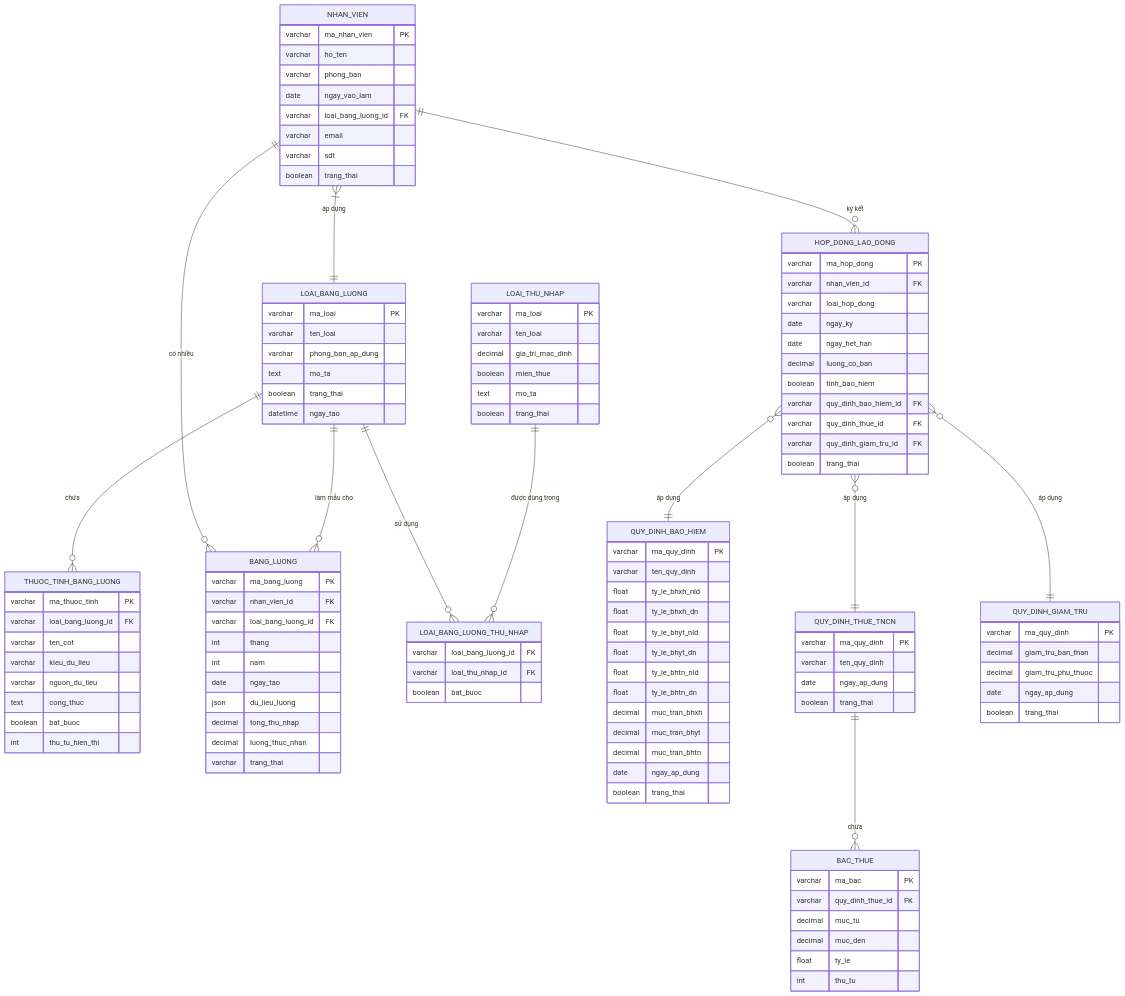
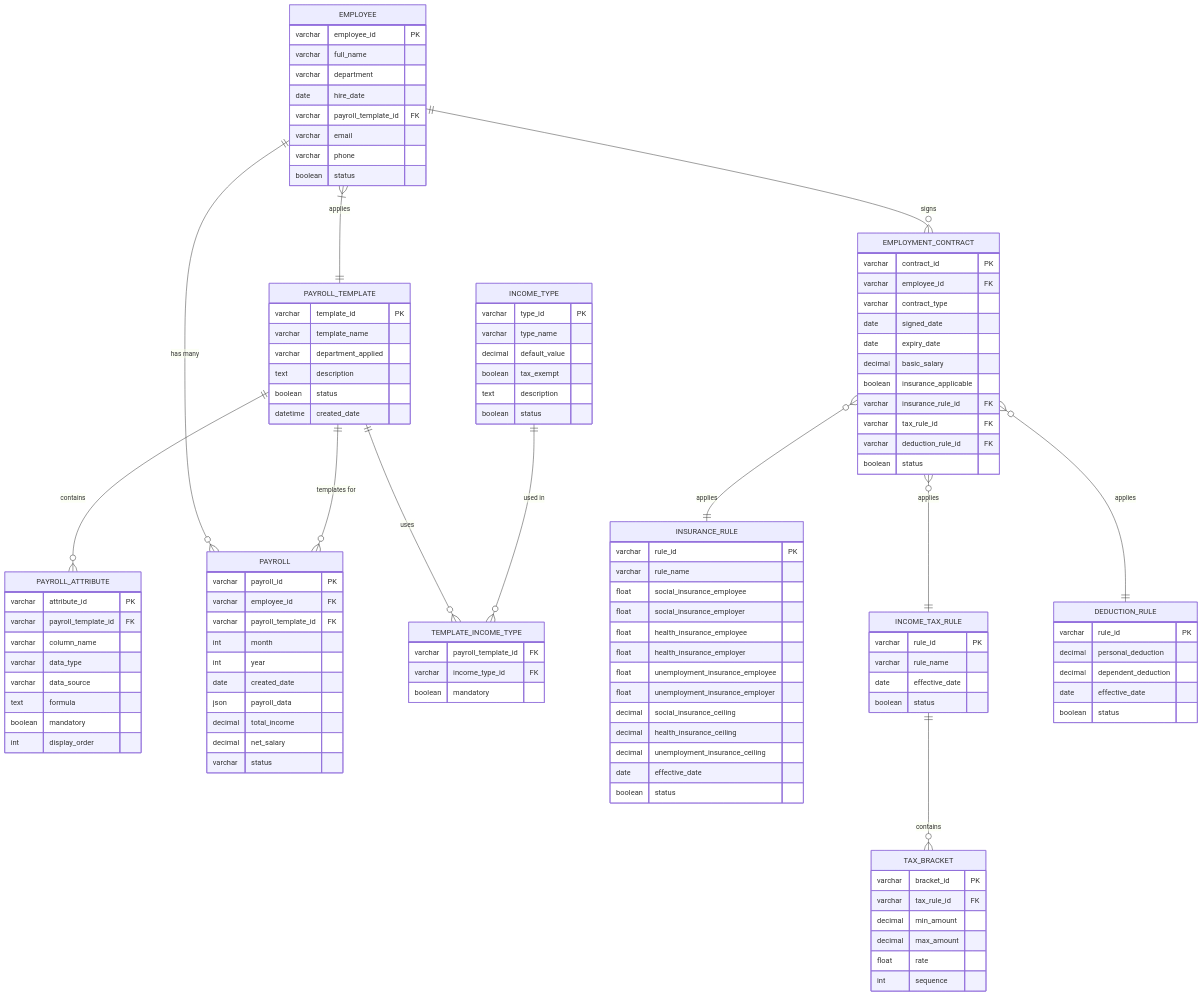
The third of 3 diagrams in HRM/Payroll/2_ThietKe/3_DatabaseDesign.md (devsongnhan/Bflow-Doc), drawn with Mermaid before and after one commit. The commit also changed other lines of this file and 23 other files, not shown here.

````diff
--- a/HRM/Payroll/2_ThietKe/3_DatabaseDesign.md
+++ b/HRM/Payroll/2_ThietKe/3_DatabaseDesign.md
@@ -122,131 +122,131 @@
 ```mermaid
 erDiagram
-    NHAN_VIEN {
-        varchar ma_nhan_vien PK
-        varchar ho_ten
-        varchar phong_ban
-        date ngay_vao_lam
-        varchar loai_bang_luong_id FK
+    EMPLOYEE {
+        varchar employee_id PK
+        varchar full_name
+        varchar department
+        date hire_date
+        varchar payroll_template_id FK
         varchar email
-        varchar sdt
-        boolean trang_thai
+        varchar phone
+        boolean status
     }
 
-    LOAI_BANG_LUONG {
-        varchar ma_loai PK
-        varchar ten_loai
-        varchar phong_ban_ap_dung
-        text mo_ta
-        boolean trang_thai
-        datetime ngay_tao
+    PAYROLL_TEMPLATE {
+        varchar template_id PK
+        varchar template_name
+        varchar department_applied
+        text description
+        boolean status
+        datetime created_date
     }
 
-    THUOC_TINH_BANG_LUONG {
-        varchar ma_thuoc_tinh PK
-        varchar loai_bang_luong_id FK
-        varchar ten_cot
-        varchar kieu_du_lieu
-        varchar nguon_du_lieu
-        text cong_thuc
-        boolean bat_buoc
-        int thu_tu_hien_thi
+    PAYROLL_ATTRIBUTE {
+        varchar attribute_id PK
+        varchar payroll_template_id FK
+        varchar column_name
+        varchar data_type
+        varchar data_source
+        text formula
+        boolean mandatory
+        int display_order
     }
 
-    BANG_LUONG {
-        varchar ma_bang_luong PK
-        varchar nhan_vien_id FK
-        varchar loai_bang_luong_id FK
-        int thang
-        int nam
-        date ngay_tao
-        json du_lieu_luong
-        decimal tong_thu_nhap
-        decimal luong_thuc_nhan
-        varchar trang_thai
+    PAYROLL {
+        varchar payroll_id PK
+        varchar employee_id FK
+        varchar payroll_template_id FK
+        int month
+        int year
+        date created_date
+        json payroll_data
+        decimal total_income
+        decimal net_salary
+        varchar status
     }
 
-    HOP_DONG_LAO_DONG {
-        varchar ma_hop_dong PK
-        varchar nhan_vien_id FK
-        varchar loai_hop_dong
-        date ngay_ky
-        date ngay_het_han
-        decimal luong_co_ban
-        boolean tinh_bao_hiem
-        varchar quy_dinh_bao_hiem_id FK
-        varchar quy_dinh_thue_id FK
-        varchar quy_dinh_giam_tru_id FK
-        boolean trang_thai
+    EMPLOYMENT_CONTRACT {
+        varchar contract_id PK
+        varchar employee_id FK
+        varchar contract_type
+        date signed_date
+        date expiry_date
+        decimal basic_salary
+        boolean insurance_applicable
+        varchar insurance_rule_id FK
+        varchar tax_rule_id FK
+        varchar deduction_rule_id FK
+        boolean status
     }
 
-    LOAI_THU_NHAP {
-        varchar ma_loai PK
-        varchar ten_loai
-        decimal gia_tri_mac_dinh
-        boolean mien_thue
-        text mo_ta
-        boolean trang_thai
+    INCOME_TYPE {
+        varchar type_id PK
+        varchar type_name
+        decimal default_value
+        boolean tax_exempt
+        text description
+        boolean status
     }
 
-    LOAI_BANG_LUONG_THU_NHAP {
-        varchar loai_bang_luong_id FK
-        varchar loai_thu_nhap_id FK
-        boolean bat_buoc
+    TEMPLATE_INCOME_TYPE {
+        varchar payroll_template_id FK
+        varchar income_type_id FK
+        boolean mandatory
     }
 
-    QUY_DINH_BAO_HIEM {
-        varchar ma_quy_dinh PK
-        varchar ten_quy_dinh
-        float ty_le_bhxh_nld
-        float ty_le_bhxh_dn
-        float ty_le_bhyt_nld
-        float ty_le_bhyt_dn
-        float ty_le_bhtn_nld
-        float ty_le_bhtn_dn
-        decimal muc_tran_bhxh
-        decimal muc_tran_bhyt
-        decimal muc_tran_bhtn
-        date ngay_ap_dung
-        boolean trang_thai
+    INSURANCE_RULE {
+        varchar rule_id PK
+        varchar rule_name
+        float social_insurance_employee
+        float social_insurance_employer
+        float health_insurance_employee
+        float health_insurance_employer
+        float unemployment_insurance_employee
+        float unemployment_insurance_employer
+        decimal social_insurance_ceiling
+        decimal health_insurance_ceiling
+        decimal unemployment_insurance_ceiling
+        date effective_date
+        boolean status
     }
 
-    QUY_DINH_THUE_TNCN {
-        varchar ma_quy_dinh PK
-        varchar ten_quy_dinh
-        date ngay_ap_dung
-        boolean trang_thai
+    INCOME_TAX_RULE {
+        varchar rule_id PK
+        varchar rule_name
+        date effective_date
+        boolean status
     }
 
-    BAC_THUE {
-        varchar ma_bac PK
-        varchar quy_dinh_thue_id FK
-        decimal muc_tu
-        decimal muc_den
-        float ty_le
-        int thu_tu
+    TAX_BRACKET {
+        varchar bracket_id PK
+        varchar tax_rule_id FK
+        decimal min_amount
+        decimal max_amount
+        float rate
+        int sequence
     }
 
-    QUY_DINH_GIAM_TRU {
-        varchar ma_quy_dinh PK
-        decimal giam_tru_ban_than
-        decimal giam_tru_phu_thuoc
-        date ngay_ap_dung
-        boolean trang_thai
+    DEDUCTION_RULE {
+        varchar rule_id PK
+        decimal personal_deduction
+        decimal dependent_deduction
+        date effective_date
+        boolean status
     }
 
-    NHAN_VIEN ||--o{ BANG_LUONG : "có nhiều"
-    NHAN_VIEN ||--o{ HOP_DONG_LAO_DONG : "ký kết"
-    NHAN_VIEN }|--|| LOAI_BANG_LUONG : "áp dụng"
+    EMPLOYEE ||--o{ PAYROLL : "has many"
+    EMPLOYEE ||--o{ EMPLOYMENT_CONTRACT : "signs"
+    EMPLOYEE }|--|| PAYROLL_TEMPLATE : "applies"
 
-    LOAI_BANG_LUONG ||--o{ THUOC_TINH_BANG_LUONG : "chứa"
-    LOAI_BANG_LUONG ||--o{ BANG_LUONG : "làm mẫu cho"
-    LOAI_BANG_LUONG ||--o{ LOAI_BANG_LUONG_THU_NHAP : "sử dụng"
+    PAYROLL_TEMPLATE ||--o{ PAYROLL_ATTRIBUTE : "contains"
+    PAYROLL_TEMPLATE ||--o{ PAYROLL : "templates for"
+    PAYROLL_TEMPLATE ||--o{ TEMPLATE_INCOME_TYPE : "uses"
 
-    LOAI_THU_NHAP ||--o{ LOAI_BANG_LUONG_THU_NHAP : "được dùng trong"
+    INCOME_TYPE ||--o{ TEMPLATE_INCOME_TYPE : "used in"
 
-    HOP_DONG_LAO_DONG }o--|| QUY_DINH_BAO_HIEM : "áp dụng"
-    HOP_DONG_LAO_DONG }o--|| QUY_DINH_THUE_TNCN : "áp dụng"
-    HOP_DONG_LAO_DONG }o--|| QUY_DINH_GIAM_TRU : "áp dụng"
+    EMPLOYMENT_CONTRACT }o--|| INSURANCE_RULE : "applies"
+    EMPLOYMENT_CONTRACT }o--|| INCOME_TAX_RULE : "applies"
+    EMPLOYMENT_CONTRACT }o--|| DEDUCTION_RULE : "applies"
 
-    QUY_DINH_THUE_TNCN ||--o{ BAC_THUE : "chứa"
+    INCOME_TAX_RULE ||--o{ TAX_BRACKET : "contains"
 ```
````
